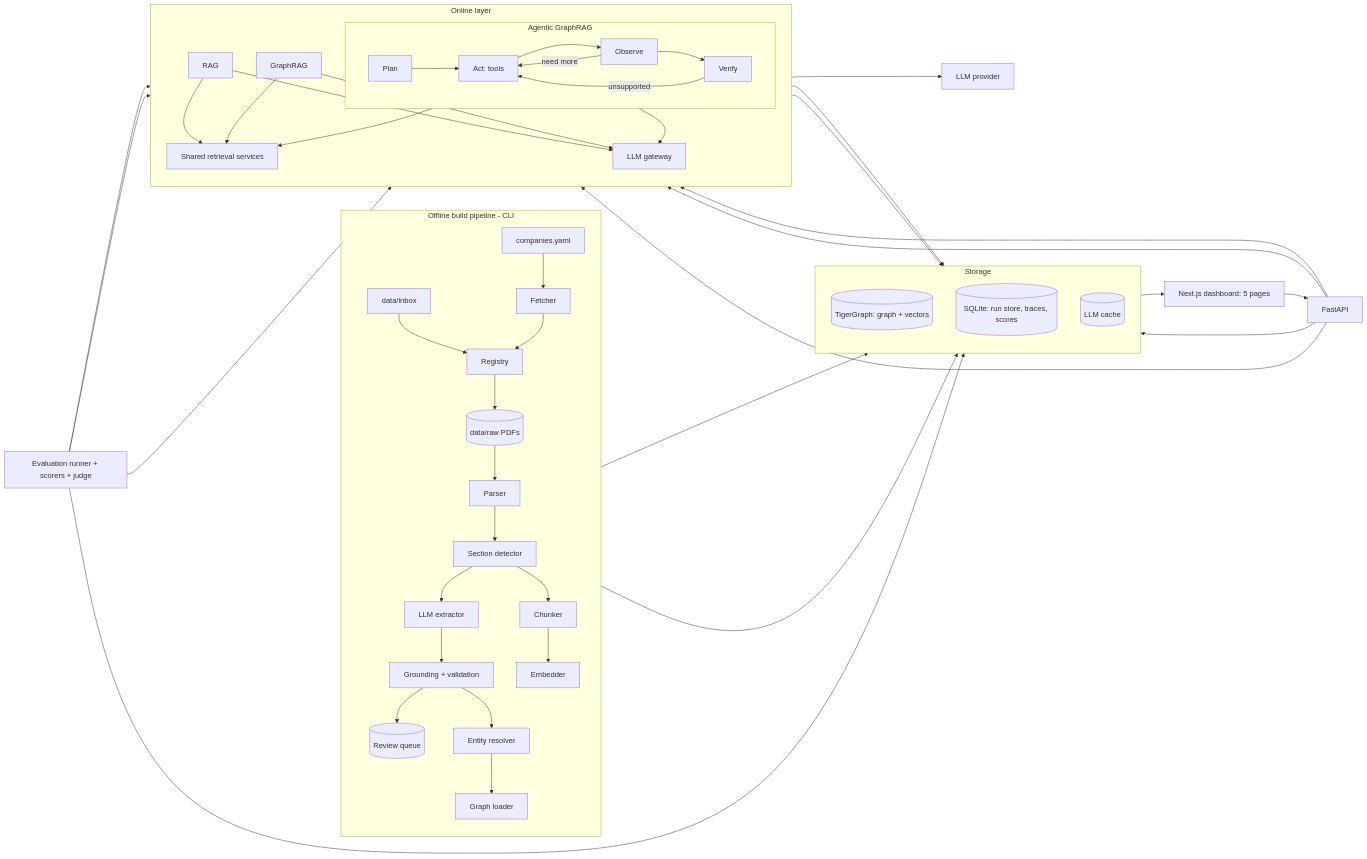
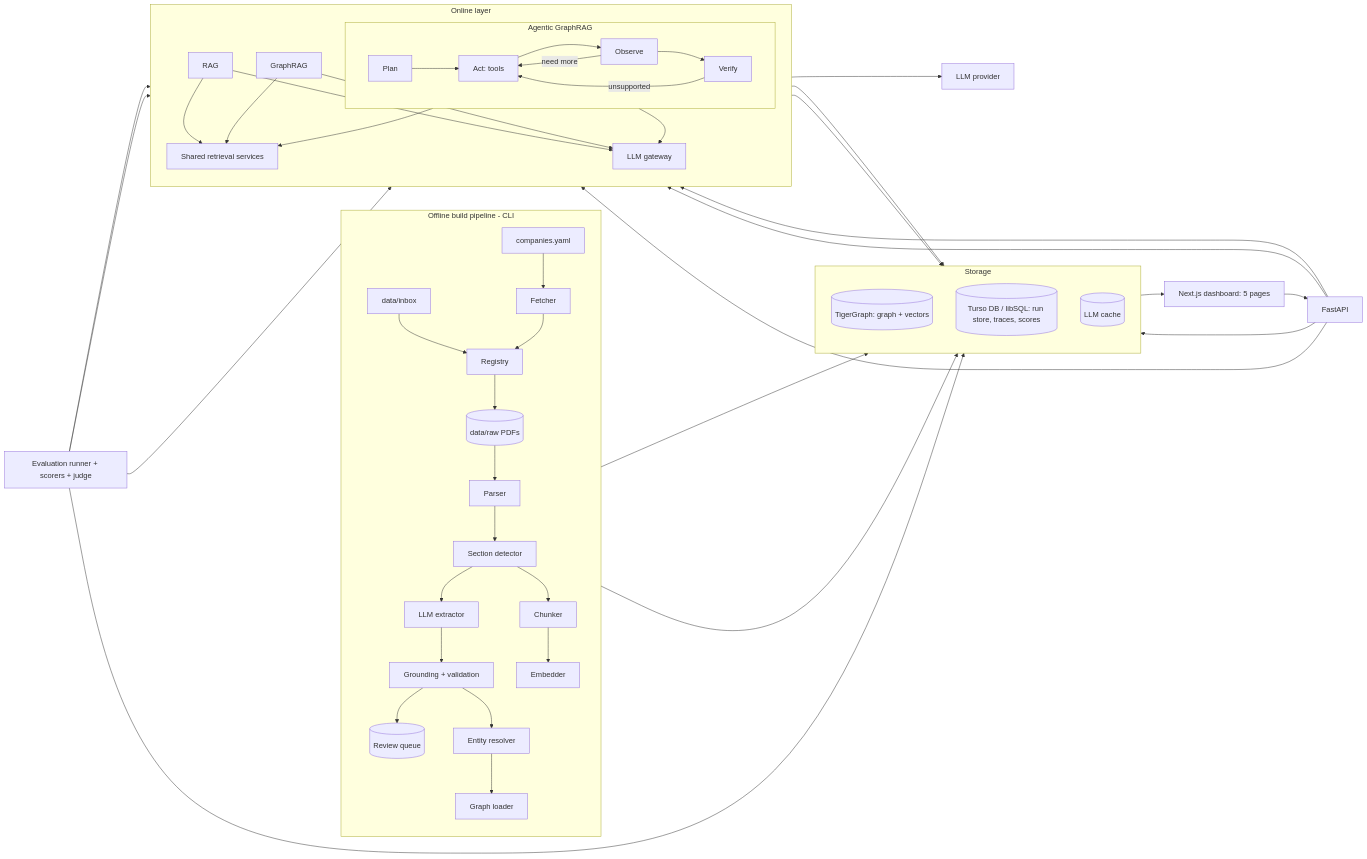
One commit to Tetra4ge/Interlock-TG changed the diagram in README.md. Above: the diagram before and after it, drawn with Mermaid. The commit also changed other lines of this file and 9 other files, not shown here.

Commit message:
docs: replace SQLite with Turso DB across all architecture and phase plans

````diff
--- a/README.md
+++ b/README.md
@@ -46,63 +46,63 @@
 ```mermaid
 flowchart LR
     subgraph OFF[Offline build pipeline - CLI]
         direction TB
         CFG[companies.yaml] --> F[Fetcher]
         IN[data/inbox] --> REG[Registry]
         F --> REG
         REG --> RAW[(data/raw PDFs)]
         RAW --> P[Parser]
         P --> S[Section detector]
         S --> CH[Chunker]
         S --> X[LLM extractor]
         X --> G[Grounding + validation]
         G --> RQ[(Review queue)]
         G --> RES[Entity resolver]
         RES --> L[Graph loader]
         CH --> E[Embedder]
     end
 
     subgraph STORE[Storage]
         direction TB
         TG[(TigerGraph: graph + vectors)]
-        SQL[(SQLite: run store, traces, scores)]
+        SQL[(Turso DB / libSQL: run store, traces, scores)]
         CACHE[(LLM cache)]
     end
 
     subgraph ON[Online layer]
         direction TB
         RET[Shared retrieval services]
         RAG[RAG]
         GR[GraphRAG]
         subgraph AGENT[Agentic GraphRAG]
             direction LR
             PL[Plan] --> AC[Act: tools] --> OB[Observe] --> VF[Verify]
             OB -->|need more| AC
             VF -->|unsupported| AC
         end
         RAG --> RET
         GR --> RET
         AGENT --> RET
         GW[LLM gateway]
         RAG --> GW
         GR --> GW
         AGENT --> GW
     end
 
     L --> TG
     E --> TG
     RET --> TG
     GW --> CACHE
     GW --> LLM[LLM provider]
 
     EVAL[Evaluation runner + scorers + judge] --> RAG
     EVAL --> GR
     EVAL --> AGENT
     EVAL --> SQL
     API[FastAPI] --> RAG
     API --> GR
     API --> AGENT
     API --> SQL
     DASH[Next.js dashboard: 5 pages] --> API
     SQL --> DASH
 ```
````
